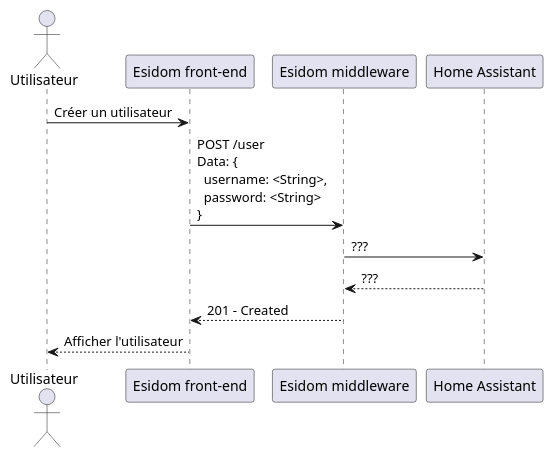
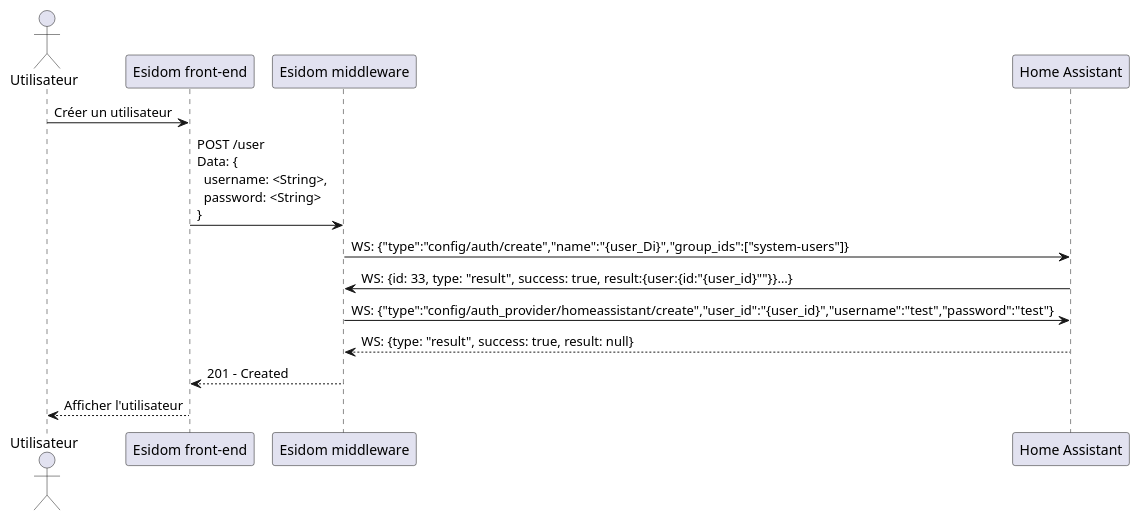
Before and after one commit to SKAVALT-io/esidom_doc: the diagram in cdct/diagramme_de_sequence/plantuml/creer_utilisateur.puml, drawn with PlantUML. The commit also changed 3 other files, not shown here.

Commit message:
docs(cdct): update sequence diagram

```diff
--- a/cdct/diagramme_de_sequence/plantuml/creer_utilisateur.puml
+++ b/cdct/diagramme_de_sequence/plantuml/creer_utilisateur.puml
@@ -1,19 +1,21 @@
 @startuml créer utilisateur
 
 actor "Utilisateur" as u
 participant "Esidom front-end" as fe
 participant "Esidom middleware" as m
 participant "Home Assistant" as ha
 
 u -> fe: Créer un utilisateur
 fe -> m: POST /user\n\
 Data: {\n\
   username: <String>,\n\
   password: <String>\n\
 }
-m -> ha: ???
-ha --> m: ???
+m -> ha: WS: {"type":"config/auth/create","name":"{user_Di}","group_ids":["system-users"]} 
+ha -> m: WS: {id: 33, type: "result", success: true, result:{user:{id:"{user_id}""}}…}
+m -> ha: WS: {"type":"config/auth_provider/homeassistant/create","user_id":"{user_id}","username":"test","password":"test"}
+ha --> m: WS: {type: "result", success: true, result: null}
 m --> fe: 201 - Created
 fe --> u: Afficher l'utilisateur
 
 @enduml
```
